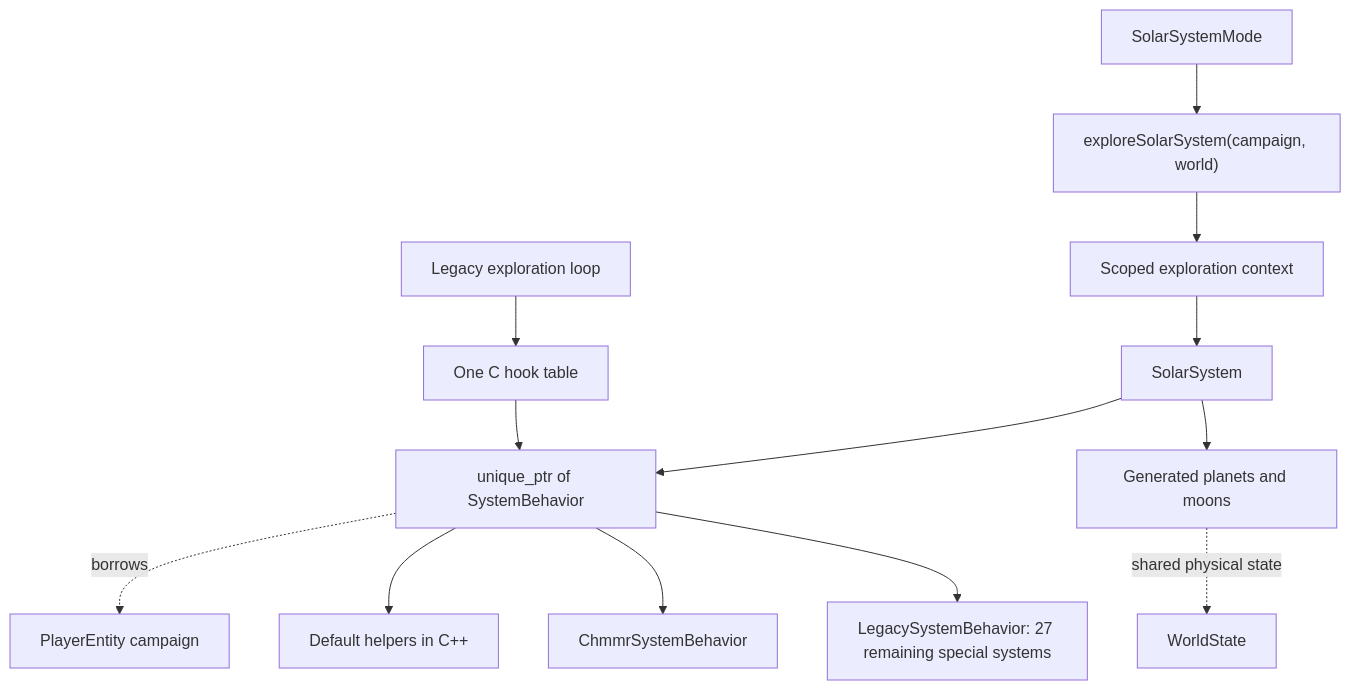
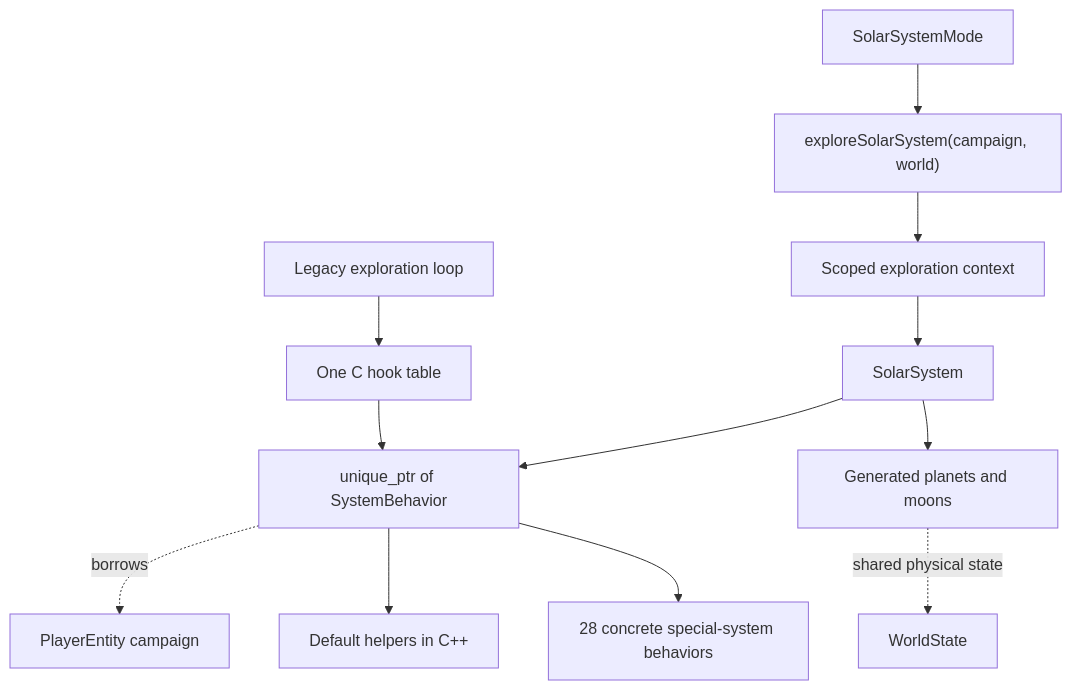
Before and after one commit to yost-jacob/uqm-cpp17: the diagram in docs/design/solar-system/system-behavior.md, drawn with Mermaid. The commit also changed other lines of this file and 48 other files, not shown here.

Commit message:
Migrate remaining special systems to native campaign-aware behaviors

````diff
--- a/docs/design/solar-system/system-behavior.md
+++ b/docs/design/solar-system/system-behavior.md
@@ -8,15 +8,14 @@
 ```mermaid
 flowchart TD
     Mode["SolarSystemMode"] --> Entry["exploreSolarSystem(campaign, world)"]
     Entry --> Context["Scoped exploration context"]
     Context --> System["SolarSystem"]
     System --> Behavior["unique_ptr of SystemBehavior"]
     Behavior -. borrows .-> Campaign["PlayerEntity campaign"]
     System --> Worlds["Generated planets and moons"]
     Worlds -. shared physical state .-> State["WorldState"]
     C["Legacy exploration loop"] --> Bridge["One C hook table"]
     Bridge --> Behavior
     Behavior --> Default["Default helpers in C++"]
-    Behavior --> Chmmr["ChmmrSystemBehavior"]
-    Behavior --> Legacy["LegacySystemBehavior: 27 remaining special systems"]
+    Behavior --> Special["28 concrete special-system behaviors"]
 ```
````
